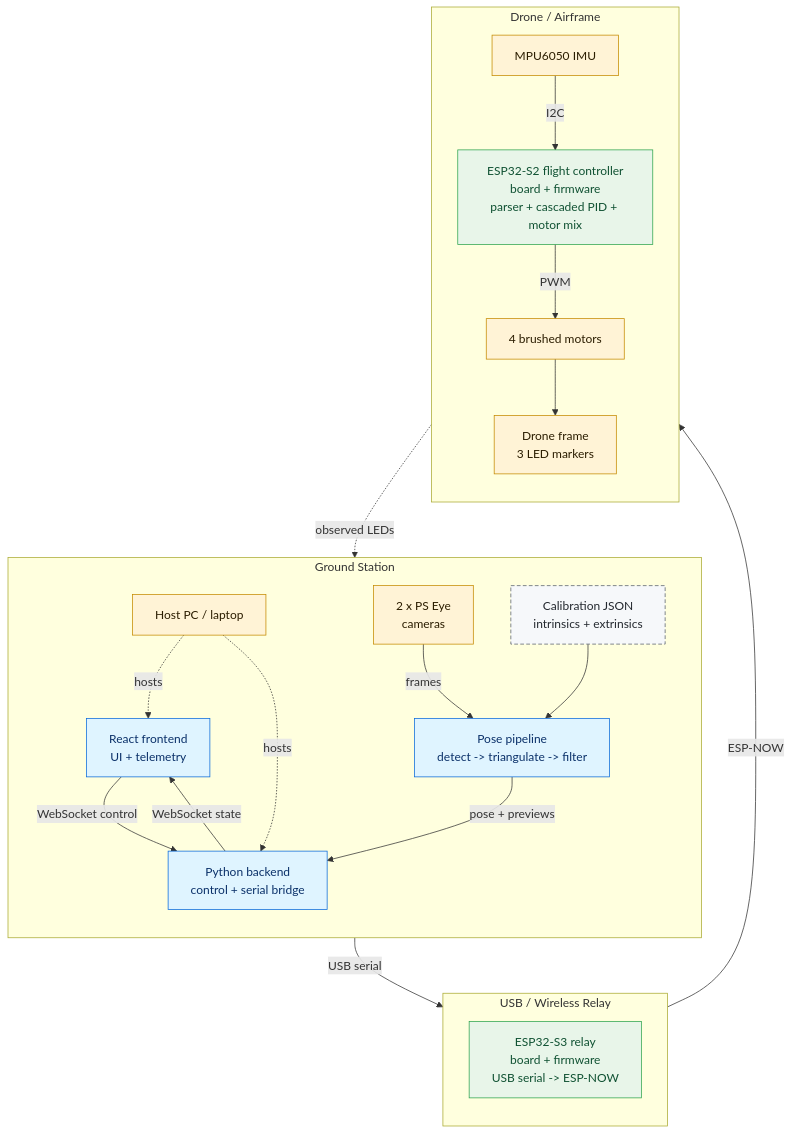
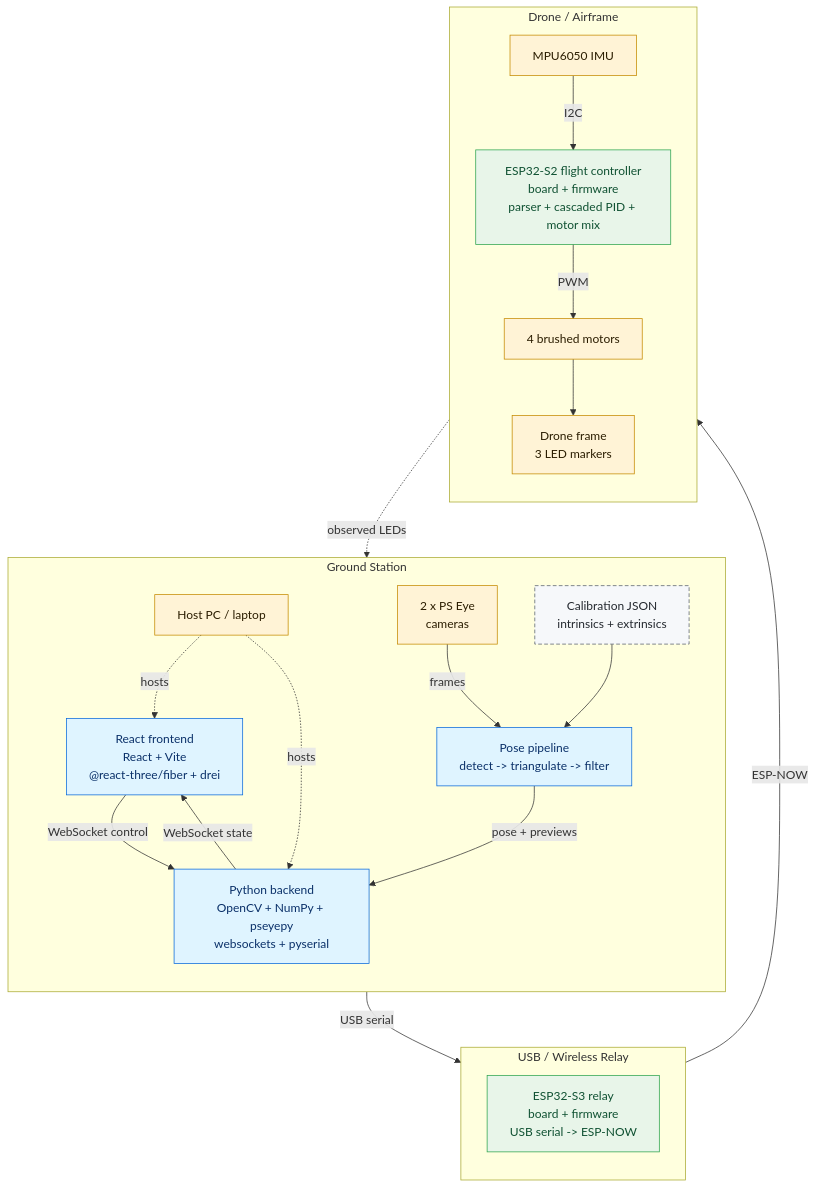
One commit to josezhz/final-year-project changed the diagram in docs/architecture-diagram.mmd. Above: the diagram before and after it, drawn with Mermaid. The commit also changed 1 other file, not shown here.

Commit message:
Update architecture diagrams to reflect frontend and backend technology stack enhancements

```diff
--- a/docs/architecture-diagram.mmd
+++ b/docs/architecture-diagram.mmd
@@ -1,49 +1,49 @@
 flowchart TB
   classDef hardware fill:#FFF3D6,stroke:#C58A00,color:#2B1D00;
   classDef software fill:#DFF4FF,stroke:#0969DA,color:#0A3069;
   classDef embedded fill:#E8F5E9,stroke:#2DA44E,color:#0F5132;
   classDef artifact fill:#F6F8FA,stroke:#57606A,color:#24292F,stroke-dasharray: 5 3;
 
   subgraph GROUND["Ground Station"]
     direction TB
     HOST["Host PC / laptop"]
     CAMS["2 x PS Eye<br/>cameras"]
-    FRONTEND["React frontend<br/>UI + telemetry"]
-    BACKEND["Python backend<br/>control + serial bridge"]
+    FRONTEND["React frontend<br/>React + Vite<br/>@react-three/fiber + drei"]
+    BACKEND["Python backend<br/>OpenCV + NumPy + pseyepy<br/>websockets + pyserial"]
     PIPELINE["Pose pipeline<br/>detect -> triangulate -> filter"]
     CAL["Calibration JSON<br/>intrinsics + extrinsics"]
 
     HOST -. hosts .-> FRONTEND
     HOST -. hosts .-> BACKEND
     CAMS -->|frames| PIPELINE
     CAL --> PIPELINE
     PIPELINE -->|pose + previews| BACKEND
     FRONTEND -->|WebSocket control| BACKEND
     BACKEND -->|WebSocket state| FRONTEND
   end
 
   subgraph RELAY["USB / Wireless Relay"]
     direction TB
     S3RELAY["ESP32-S3 relay<br/>board + firmware<br/>USB serial -> ESP-NOW"]
   end
 
   subgraph DRONE["Drone / Airframe"]
     direction TB
     FRAME["Drone frame<br/>3 LED markers"]
     S2CTRL["ESP32-S2 flight controller<br/>board + firmware<br/>parser + cascaded PID + motor mix"]
     IMU["MPU6050 IMU"]
     MOTORS["4 brushed motors"]
 
     IMU -->|I2C| S2CTRL
     S2CTRL -->|PWM| MOTORS
     MOTORS --> FRAME
   end
 
   BACKEND -->|USB serial| S3RELAY
   S3RELAY -->|ESP-NOW| S2CTRL
   FRAME -. observed LEDs .-> CAMS
 
   class HOST,CAMS,IMU,MOTORS,FRAME hardware;
   class FRONTEND,BACKEND,PIPELINE software;
   class S3RELAY,S2CTRL embedded;
   class CAL artifact;
```
